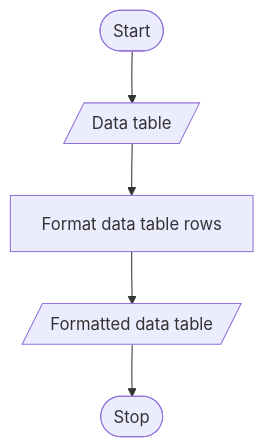
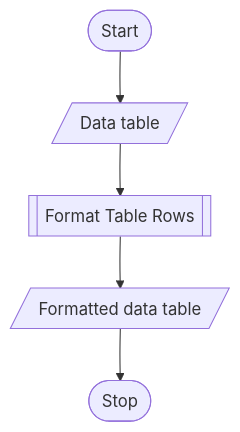
Before and after one commit to gherking/gherking-docs: diagram 13 of 15 in src/mermaid.md, drawn with Mermaid. The commit also changed other lines of this file, not shown here.

````diff
--- a/src/mermaid.md
+++ b/src/mermaid.md
@@ -155,8 +155,8 @@
 ```mermaid
 graph TD
 start([Start])
 --> table[/Data table/]
---> formatDataTableRows[Format data table rows]
+--> formatDataTableRows[[Format Table Rows]]
 --> formattedTable[/Formatted data table/]
 --> stop([Stop])
 ```
````
